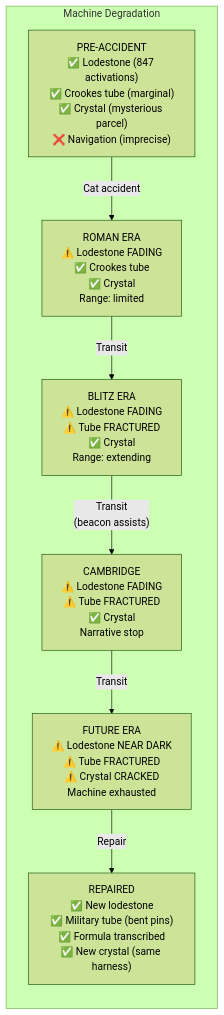
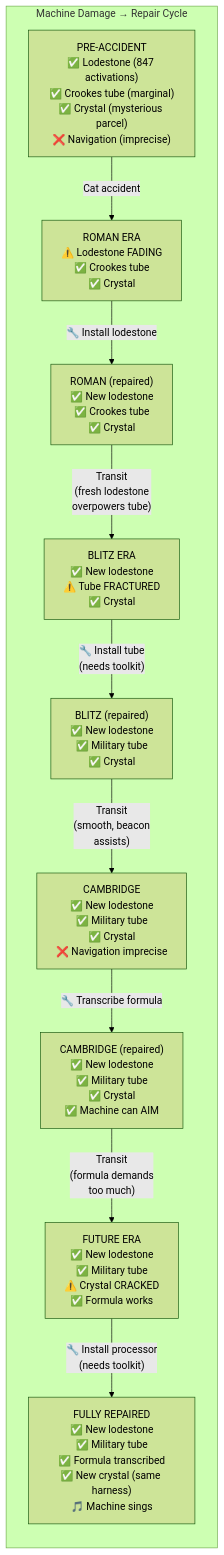
Before and after one commit to scarolan/shellys-codex: the fifth of 5 diagrams in temporal-apprentice/story_flow.md, drawn with Mermaid (forest theme). The commit also changed other lines of this file and 3 other files, not shown here.

First line of the commit message:
Install-as-you-go: repair components at each era instead of bulk endgame install

````diff
--- a/temporal-apprentice/story_flow.md
+++ b/temporal-apprentice/story_flow.md
@@ -115,11 +113,14 @@
 ```mermaid
 flowchart LR
-    subgraph DAMAGE["Machine Degradation"]
+    subgraph DAMAGE["Machine Damage → Repair Cycle"]
         D0["PRE-ACCIDENT<br/>✅ Lodestone (847 activations)<br/>✅ Crookes tube (marginal)<br/>✅ Crystal (mysterious parcel)<br/>❌ Navigation (imprecise)"]
-        D0 -->|"Cat accident"| D1["ROMAN ERA<br/>⚠️ Lodestone FADING<br/>✅ Crookes tube<br/>✅ Crystal<br/>Range: limited"]
-        D1 -->|"Transit"| D2["BLITZ ERA<br/>⚠️ Lodestone FADING<br/>⚠️ Tube FRACTURED<br/>✅ Crystal<br/>Range: extending"]
-        D2 -->|"Transit<br/>(beacon assists)"| D3["CAMBRIDGE<br/>⚠️ Lodestone FADING<br/>⚠️ Tube FRACTURED<br/>✅ Crystal<br/>Narrative stop"]
-        D3 -->|"Transit"| D4["FUTURE ERA<br/>⚠️ Lodestone NEAR DARK<br/>⚠️ Tube FRACTURED<br/>⚠️ Crystal CRACKED<br/>Machine exhausted"]
-        D4 -->|"Repair"| D5["REPAIRED<br/>✅ New lodestone<br/>✅ Military tube (bent pins)<br/>✅ Formula transcribed<br/>✅ New crystal (same harness)"]
+        D0 -->|"Cat accident"| D1["ROMAN ERA<br/>⚠️ Lodestone FADING<br/>✅ Crookes tube<br/>✅ Crystal"]
+        D1 -->|"🔧 Install lodestone"| D1R["ROMAN (repaired)<br/>✅ New lodestone<br/>✅ Crookes tube<br/>✅ Crystal"]
+        D1R -->|"Transit<br/>(fresh lodestone<br/>overpowers tube)"| D2["BLITZ ERA<br/>✅ New lodestone<br/>⚠️ Tube FRACTURED<br/>✅ Crystal"]
+        D2 -->|"🔧 Install tube<br/>(needs toolkit)"| D2R["BLITZ (repaired)<br/>✅ New lodestone<br/>✅ Military tube<br/>✅ Crystal"]
+        D2R -->|"Transit<br/>(smooth, beacon<br/>assists)"| D3["CAMBRIDGE<br/>✅ New lodestone<br/>✅ Military tube<br/>✅ Crystal<br/>❌ Navigation imprecise"]
+        D3 -->|"🔧 Transcribe formula"| D3R["CAMBRIDGE (repaired)<br/>✅ New lodestone<br/>✅ Military tube<br/>✅ Crystal<br/>✅ Machine can AIM"]
+        D3R -->|"Transit<br/>(formula demands<br/>too much)"| D4["FUTURE ERA<br/>✅ New lodestone<br/>✅ Military tube<br/>⚠️ Crystal CRACKED<br/>✅ Formula works"]
+        D4 -->|"🔧 Install processor<br/>(needs toolkit)"| D5["FULLY REPAIRED<br/>✅ New lodestone<br/>✅ Military tube<br/>✅ Formula transcribed<br/>✅ New crystal (same harness)<br/>🎵 Machine sings"]
     end
 ```
````
